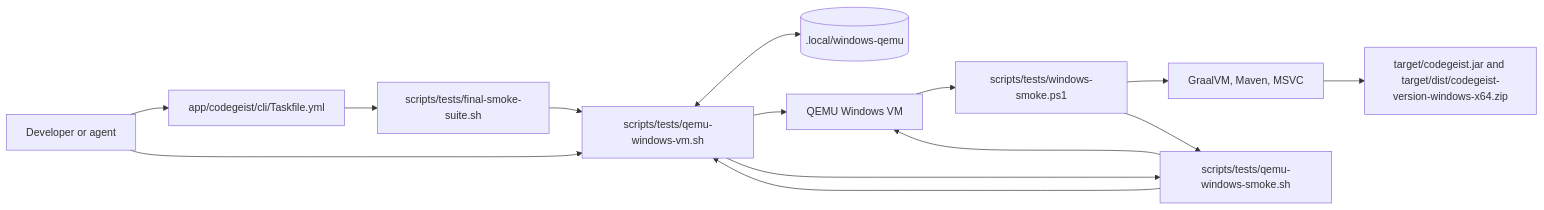
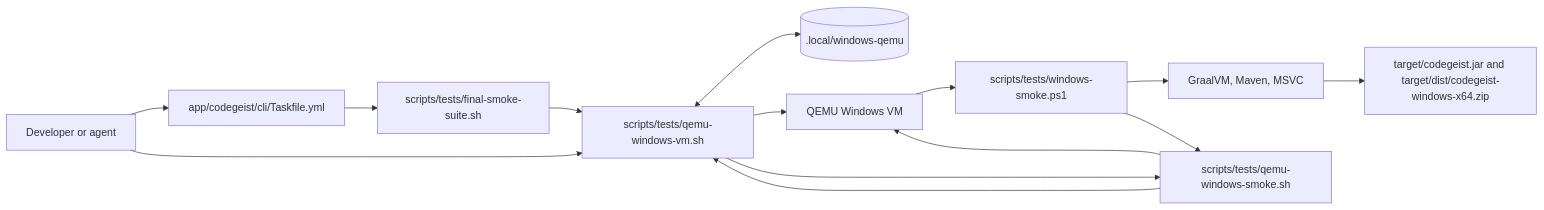
One commit to codegeist-ai/codegeist changed the first of 3 diagrams in docs/developer/release/windows-qemu-smoke.md. Above: the diagram before and after it, drawn with Mermaid. The commit also changed other lines of this file and 16 other files, not shown here.

````diff
--- a/docs/developer/release/windows-qemu-smoke.md
+++ b/docs/developer/release/windows-qemu-smoke.md
@@ -75,27 +75,27 @@
 ```mermaid
 flowchart LR
     Developer[Developer or agent]
     Taskfile[app/codegeist/cli/Taskfile.yml]
     FinalSuite[scripts/tests/final-smoke-suite.sh]
     VmScript[scripts/tests/qemu-windows-vm.sh]
     State[(.local/windows-qemu)]
     Qemu[QEMU Windows VM]
     SshSmoke[scripts/tests/qemu-windows-smoke.sh]
     WinSmoke[scripts/tests/windows-smoke.ps1]
     BuildTools[GraalVM, Maven, MSVC]
-    Artifacts[target/codegeist.jar and target/dist/codegeist-version-windows-x64.zip]
+    Artifacts[target/codegeist.jar and target/dist/codegeist-windows-x64.zip]
 
     Developer --> Taskfile
     Developer --> VmScript
     Taskfile --> FinalSuite
     FinalSuite --> VmScript
     VmScript <--> State
     VmScript --> Qemu
     VmScript --> SshSmoke
     SshSmoke --> Qemu
     Qemu --> WinSmoke
     WinSmoke --> BuildTools
     BuildTools --> Artifacts
     WinSmoke --> SshSmoke
     SshSmoke --> VmScript
 ```
````
